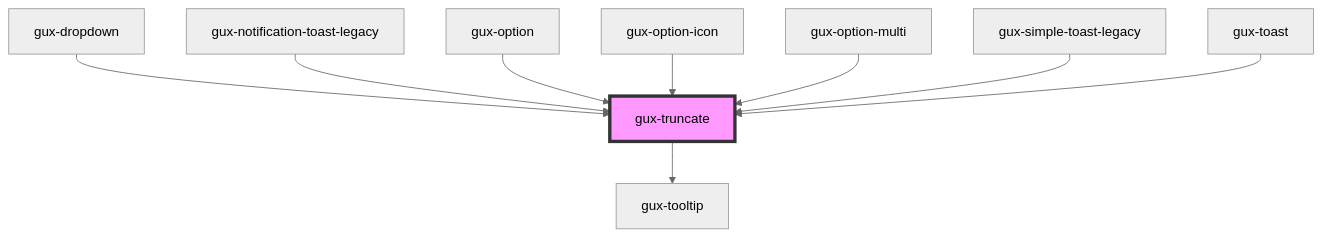
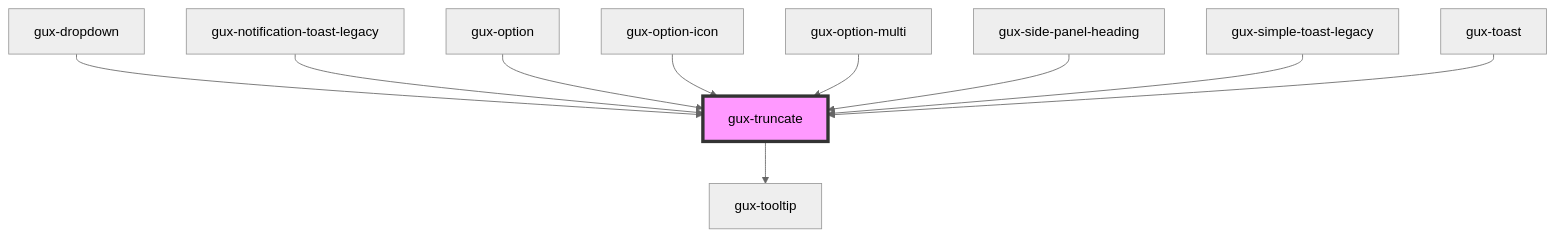
The diagram in packages/genesys-spark-components/src/components/stable/gux-truncate/readme.md (MyPureCloud/genesys-spark), drawn with Mermaid (neutral theme) before and after one commit. The commit also changed other lines of this file and 29 other files, not shown here.

Commit message:
feat(side panel): side panel component

````diff
--- a/packages/genesys-spark-components/src/components/stable/gux-truncate/readme.md
+++ b/packages/genesys-spark-components/src/components/stable/gux-truncate/readme.md
@@ -62,12 +63,13 @@
 ```mermaid
 graph TD;
   gux-truncate --> gux-tooltip
   gux-dropdown --> gux-truncate
   gux-notification-toast-legacy --> gux-truncate
   gux-option --> gux-truncate
   gux-option-icon --> gux-truncate
   gux-option-multi --> gux-truncate
+  gux-side-panel-heading --> gux-truncate
   gux-simple-toast-legacy --> gux-truncate
   gux-toast --> gux-truncate
   style gux-truncate fill:#f9f,stroke:#333,stroke-width:4px
 ```
````
